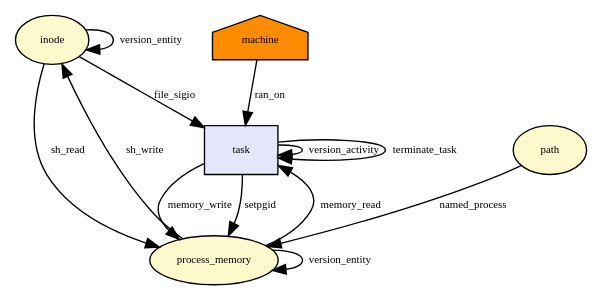
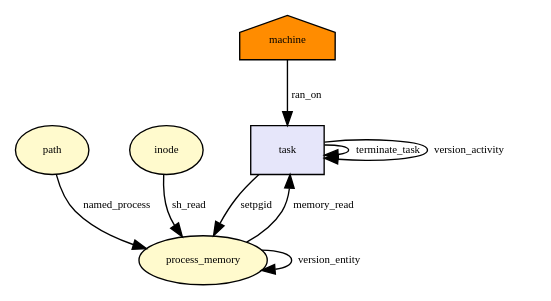
One commit to CamFlow/camflow-dev changed the diagram in docs/dot/__x64_sys_setpgid.dot. Above: the diagram before and after it, drawn with Graphviz. The commit also changed 90 other files, not shown here.

```diff
--- a/docs/dot/__x64_sys_setpgid.dot
+++ b/docs/dot/__x64_sys_setpgid.dot
@@ -1,35 +1,27 @@
-digraph RGL__DirectedAdjacencyGraph {inode[fontsize = 8,label = inode,shape = ellipse, fillcolor="#fffacd", style = filled]
-
-task[fontsize = 8,label = task,shape = rectangle, fillcolor="#e6e6fa", style = filled]
-
-inode -> task[fontsize = 8,label = file_sigio]
-
-process_memory[fontsize = 8,label = process_memory,shape = ellipse, fillcolor="#fffacd", style = filled]
-
-task -> process_memory[fontsize = 8,label = memory_write]
-
-task -> task[fontsize = 8,label = version_activity]
-
-process_memory -> process_memory[fontsize = 8,label = version_entity]
-
-process_memory -> inode[fontsize = 8,label = sh_write]
-
-inode -> inode[fontsize = 8,label = version_entity]
+digraph RGL__DirectedAdjacencyGraph {task[fontsize = 8,label = task,shape = rectangle, fillcolor="#e6e6fa", style = filled]
 
 task -> task[fontsize = 8,label = terminate_task]
 
 path[fontsize = 8,label = path,shape = ellipse, fillcolor="#fffacd", style = filled]
+
+process_memory[fontsize = 8,label = process_memory,shape = ellipse, fillcolor="#fffacd", style = filled]
 
 path -> process_memory[fontsize = 8,label = named_process]
 
 machine[fontsize = 8,label = machine,shape = house, fillcolor="#ff8c00", style = filled]
 
 machine -> task[fontsize = 8,label = ran_on]
 
 process_memory -> task[fontsize = 8,label = memory_read]
 
 task -> process_memory[fontsize = 8,label = setpgid]
 
+task -> task[fontsize = 8,label = version_activity]
+
+process_memory -> process_memory[fontsize = 8,label = version_entity]
+
+inode[fontsize = 8,label = inode,shape = ellipse, fillcolor="#fffacd", style = filled]
+
 inode -> process_memory[fontsize = 8,label = sh_read]
 
 }
```
